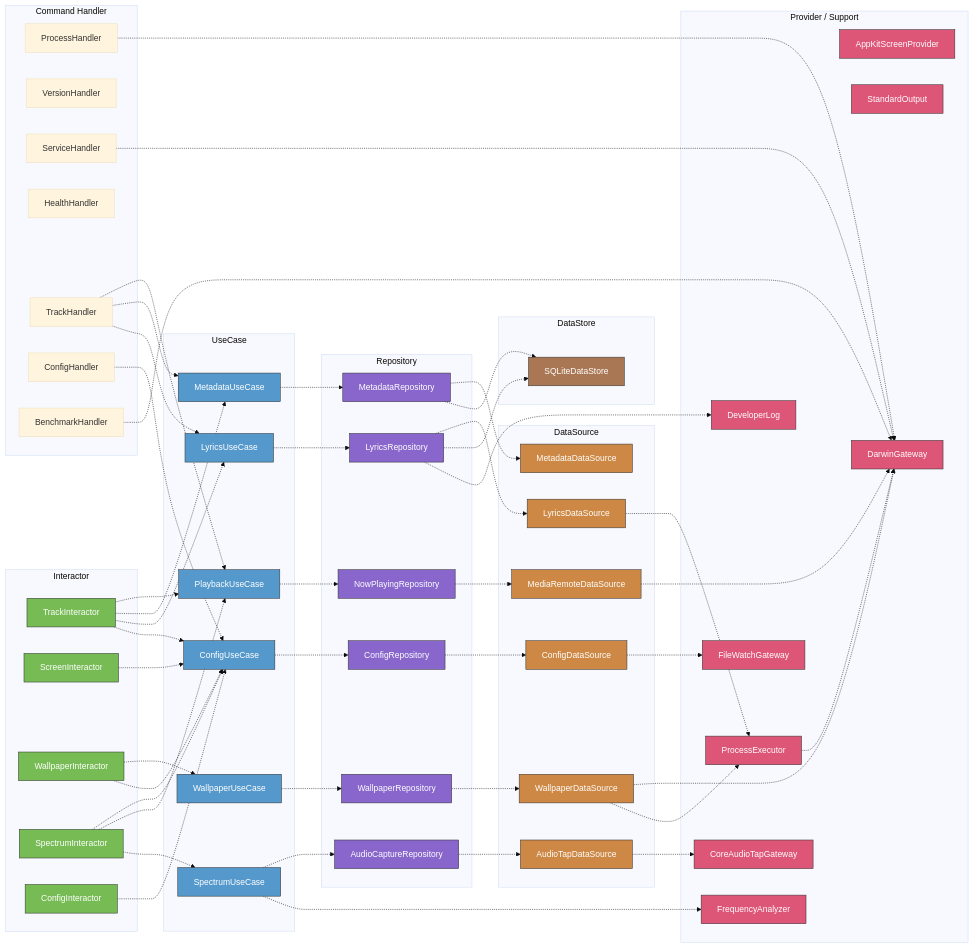
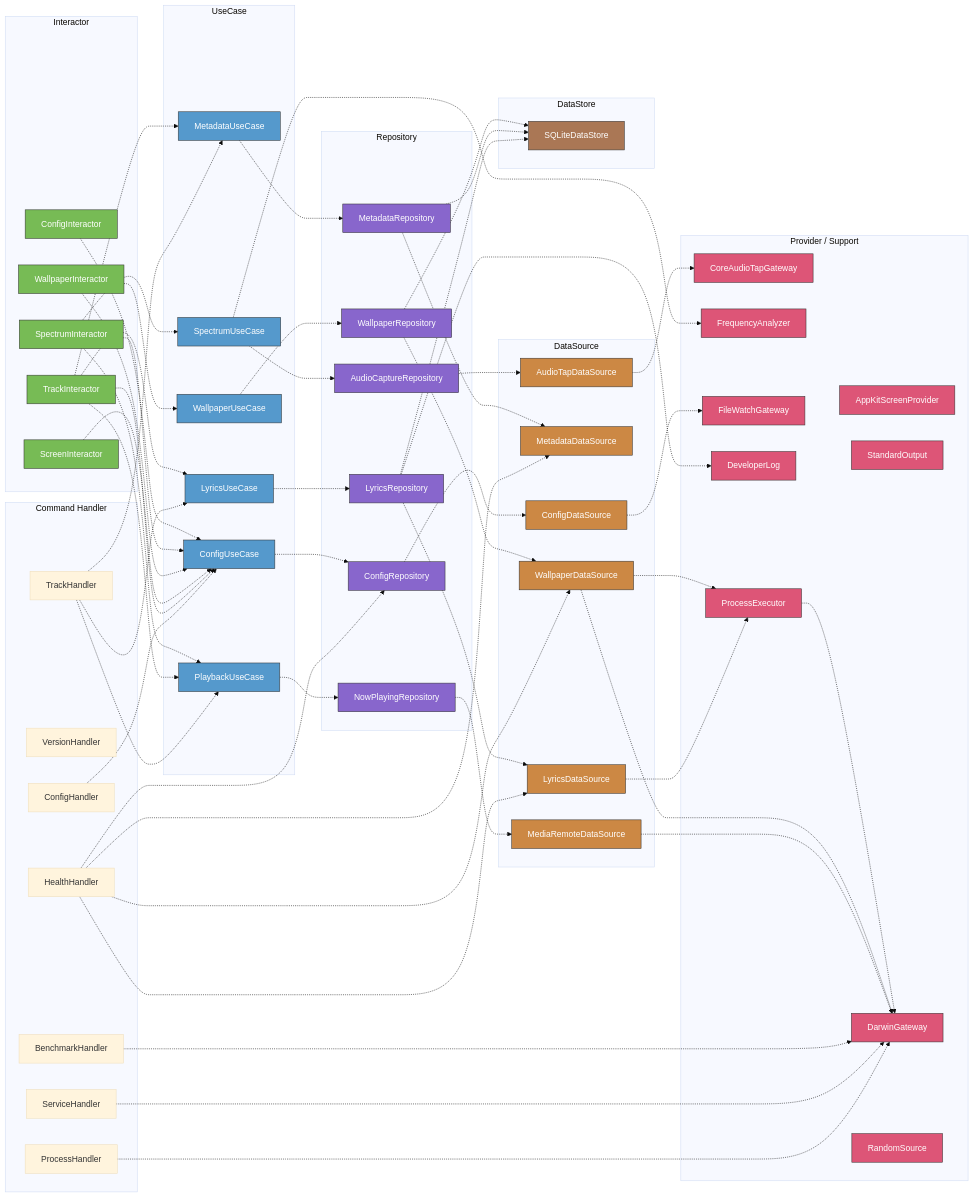
One commit to GeneralD/lyra changed the second of 3 diagrams in docs/ARCHITECTURE.md. Above: the diagram before and after it, drawn with Mermaid (base theme). The commit also changed other lines of this file, not shown here.

First line of the commit message:
docs(#340): ARCHITECTURE.md の図から漏れていた Domain 要素を補完

````diff
--- a/docs/ARCHITECTURE.md
+++ b/docs/ARCHITECTURE.md
@@ -149,6 +149,7 @@
         FileWatchGateway[FileWatchGateway]
         DeveloperLog[DeveloperLog]
         ProcessExecutor[ProcessExecutor]
+        RandomSource[RandomSource]
     end
 
     subgraph DataStore
@@ -160,6 +161,7 @@
     ProcessHandler -.-> DarwinGateway
     ServiceHandler -.-> DarwinGateway
     BenchmarkHandler -.-> DarwinGateway
+    HealthHandler -.-> LyricsDataSource & MetadataDataSource & WallpaperDataSource & ConfigRepository
     TrackInteractor -.-> PlaybackUseCase & MetadataUseCase & LyricsUseCase & ConfigUseCase
     ScreenInteractor -.-> ConfigUseCase
     WallpaperInteractor -.-> WallpaperUseCase & ConfigUseCase
@@ -177,7 +179,7 @@
     MetadataUseCase -.-> MetadataRepository
     MetadataRepository -.-> MetadataDataSource & SQLiteDataStore
     WallpaperUseCase -.-> WallpaperRepository
-    WallpaperRepository -.-> WallpaperDataSource
+    WallpaperRepository -.-> WallpaperDataSource & SQLiteDataStore
     MediaRemoteDataSource -.-> DarwinGateway
     WallpaperDataSource -.-> DarwinGateway
     LyricsDataSource -.-> ProcessExecutor
@@ -217,5 +219,6 @@
     style FileWatchGateway fill:#d57,stroke:#333,color:#fff
     style DeveloperLog fill:#d57,stroke:#333,color:#fff
     style ProcessExecutor fill:#d57,stroke:#333,color:#fff
+    style RandomSource fill:#d57,stroke:#333,color:#fff
     style SQLiteDataStore fill:#a75,stroke:#333,color:#fff
 ```
````
